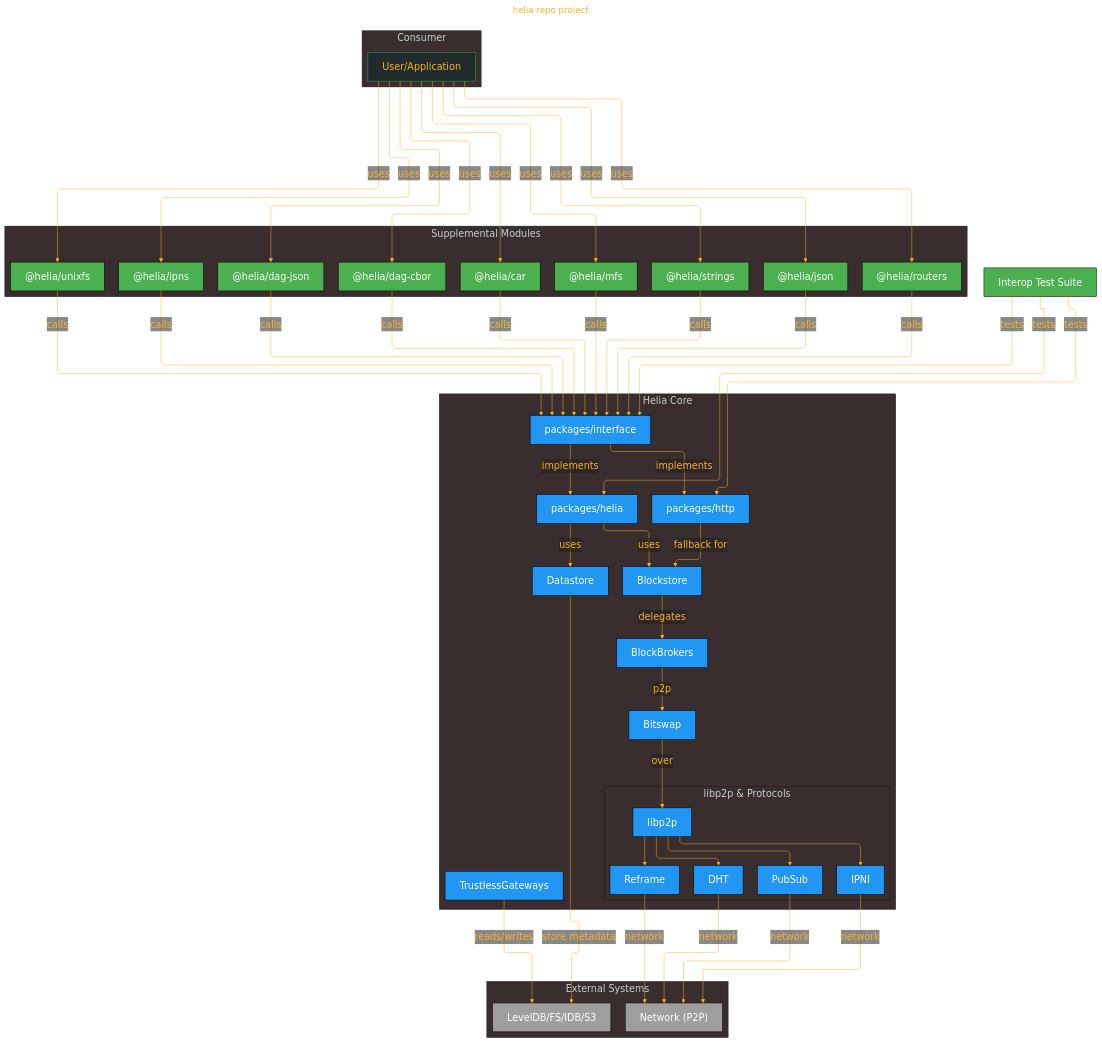
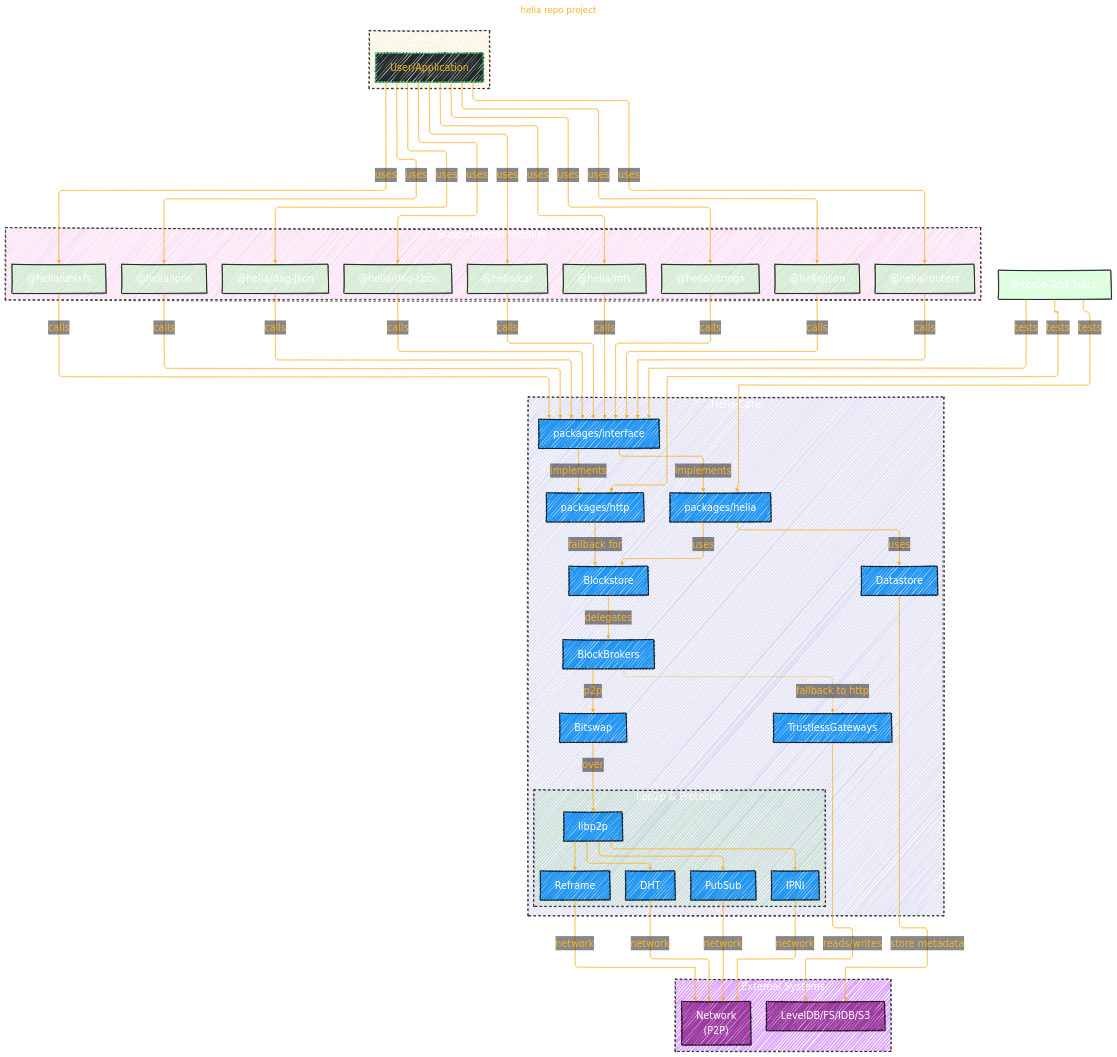
The first of 2 diagrams in IPFS/helia_repo_project.md (CongLeSolutionX/ArchExplorer), drawn with Mermaid before and after one commit.

Commit message:
update notes

````diff
--- a/IPFS/helia_repo_project.md
+++ b/IPFS/helia_repo_project.md
@@ -44,6 +44,7 @@
 config:
   layout: elk
   theme: base
+  look: handDrawn
 ---
 %%%%%%%% Mermaid version v11.4.1-b.14
 %%%%%%%% Available curve styles include the following keywords:
@@ -65,13 +66,13 @@
   }
 }%%
 flowchart TD
-  %% Consumer
-  subgraph "Consumer"
+  subgraph Consumer["Consumer"]
+  style Consumer fill:#DA22,stroke:#333,stroke-width:2px,stroke-dasharray: 5 5, color:#FFFF
     U["User/Application"]
   end
 
-  %% Supplemental Modules
-  subgraph "Supplemental Modules" 
+  subgraph Supplemental_Modules["Supplemental Modules"]
+  style Supplemental_Modules fill:#D2A2,stroke:#333,stroke-width:2px,stroke-dasharray: 5 5, color:#FFFF
     M1["@helia/unixfs"]:::module
     M2["@helia/ipns"]:::module
     M3["@helia/dag-json"]:::module
@@ -83,8 +84,8 @@
     M9["@helia/routers"]:::module
   end
 
-  %% Helia Core
-  subgraph "Helia Core" 
+  subgraph Helia_Core["Helia Core"]
+  style Helia_Core fill:#22A2,stroke:#333,stroke-width:2px,stroke-dasharray: 5 5, color:#FFFF
     IF["packages/interface"]:::core
     H1["packages/helia"]:::core
     H2["packages/http"]:::core
@@ -93,7 +94,9 @@
     BB["BlockBrokers"]:::core
     BS1["Bitswap"]:::core
     TG["TrustlessGateways"]:::core
-    subgraph "libp2p & Protocols"
+  
+    subgraph libp2p_and_Protocols["libp2p & Protocols"]
+    style libp2p_and_Protocols fill:#2A22,stroke:#333,stroke-width:2px,stroke-dasharray: 5 5, color:#FFFF
       LP["libp2p"]:::core
       DHT["DHT"]:::core
       PubSub["PubSub"]:::core
@@ -102,13 +105,12 @@
     end
   end
 
-  %% External Systems
-  subgraph "External Systems"
+  subgraph External_Systems["External Systems"]
+  style External_Systems fill:#A2F6,stroke:#333,stroke-width:2px,stroke-dasharray: 5 5, color:#FFFF
     Storage["LevelDB/FS/IDB/S3"]:::external
-    Network["Network (P2P)"]:::external
+    Network["Network<br/>(P2P)"]:::external
   end
 
-  %% Interop Tests
   IT["Interop Test Suite"]:::module
 
   %% Connections
@@ -143,7 +145,7 @@
   BS -->|delegates| BB
 
   BB -->|p2p| BS1
-  %% BB -.fallback.->|http| TG
+  BB -.->|fallback to http| TG
 
   BS1 -->|over| LP
   TG -->|reads/writes| Storage
@@ -188,8 +190,8 @@
 
   %% Styles
   classDef core fill:#2196f3,stroke:#000,color:#fff
-  classDef module fill:#4caf50,stroke:#000,color:#fff
-  classDef external fill:#9e9e9e,stroke:#000,color:#fff
+  classDef module fill:#4f53,stroke:#000,color:#fff
+  classDef external fill:#939e,stroke:#000,color:#fff
   %% class DS,BB,TG stroke-dasharray: 5 5
-  %% class TG dashed external
+  %% class TG,dashed external
 ```
````
